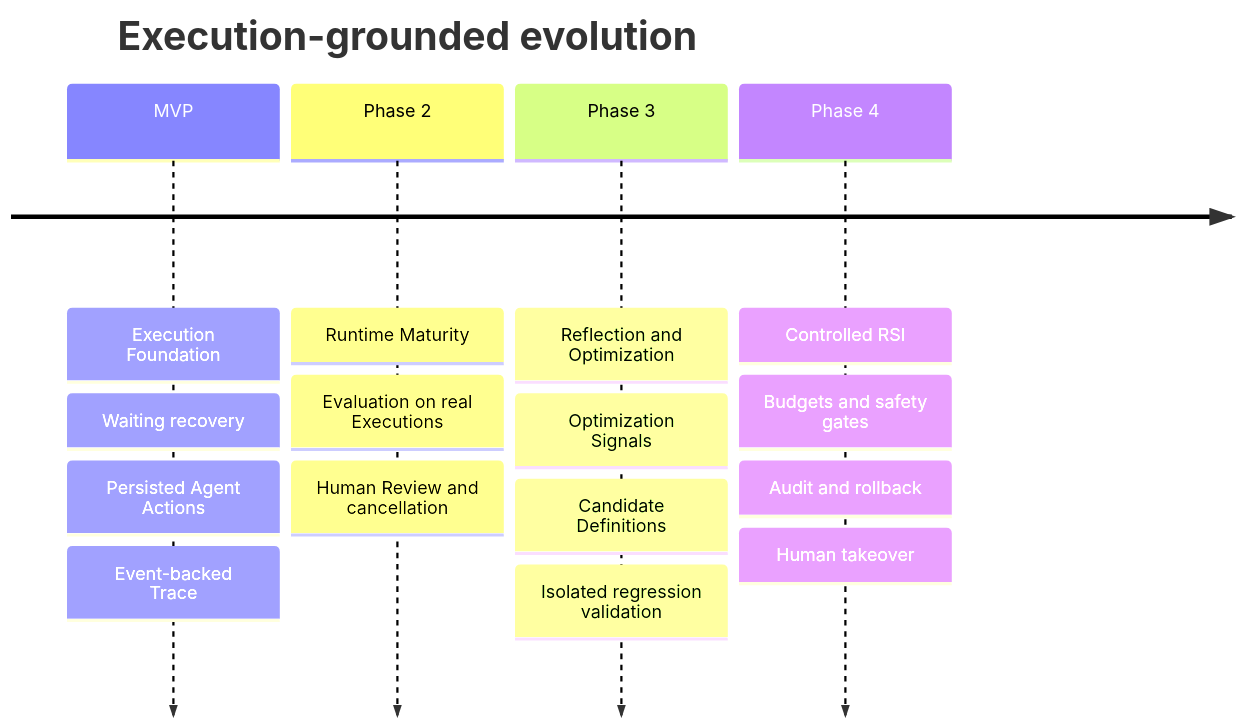
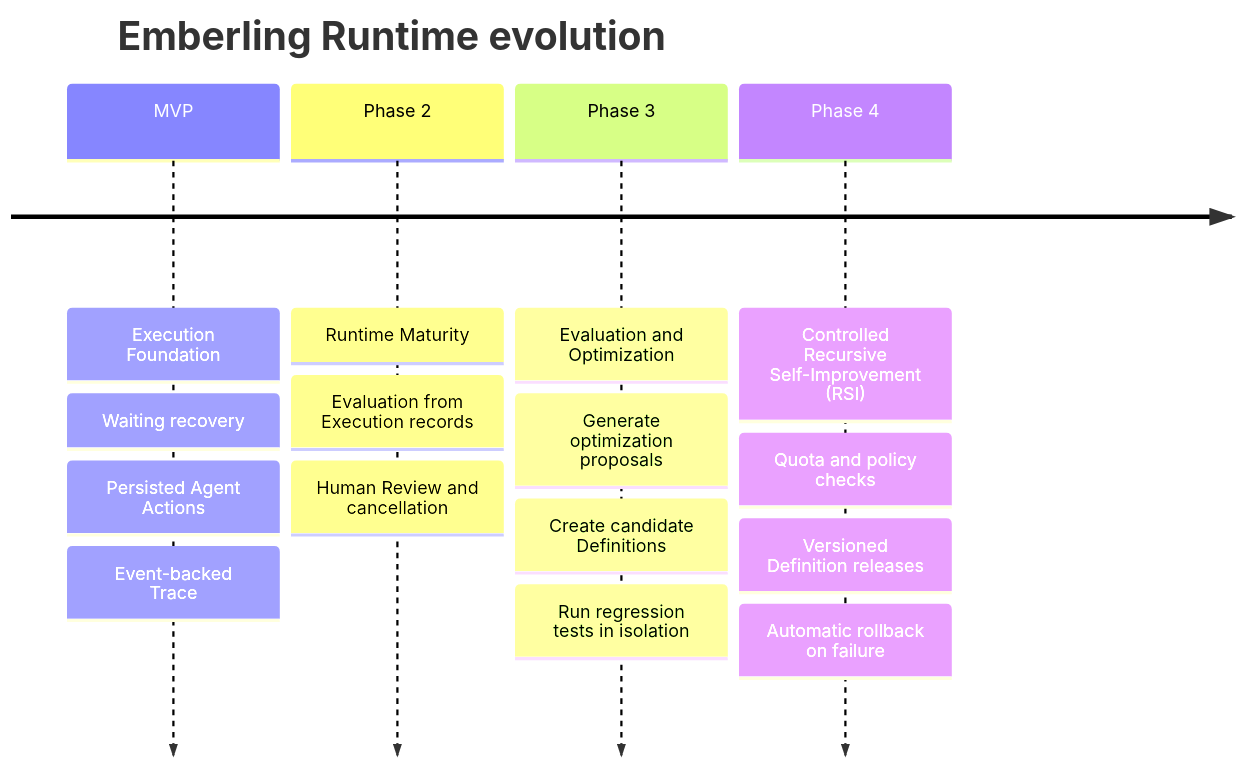
Before and after one commit to leungll/Emberling: the fourth of 4 diagrams in README.md, drawn with Mermaid. The commit also changed other lines of this file and 1 other file, not shown here.

Commit message:
docs: clarify RSI evolution roadmap

````diff
--- a/README.md
+++ b/README.md
@@ -147,19 +147,19 @@
 ```mermaid
 timeline
-    title Execution-grounded evolution
+    title Emberling Runtime evolution
     MVP : Execution Foundation
         : Waiting recovery
         : Persisted Agent Actions
         : Event-backed Trace
     Phase 2 : Runtime Maturity
-            : Evaluation on real Executions
+            : Evaluation from Execution records
             : Human Review and cancellation
-    Phase 3 : Reflection and Optimization
-            : Optimization Signals
-            : Candidate Definitions
-            : Isolated regression validation
-    Phase 4 : Controlled RSI
-            : Budgets and safety gates
-            : Audit and rollback
-            : Human takeover
+    Phase 3 : Evaluation and Optimization
+            : Generate optimization proposals
+            : Create candidate Definitions
+            : Run regression tests in isolation
+    Phase 4 : Controlled Recursive Self-Improvement (RSI)
+            : Quota and policy checks
+            : Versioned Definition releases
+            : Automatic rollback on failure
 ```
````
